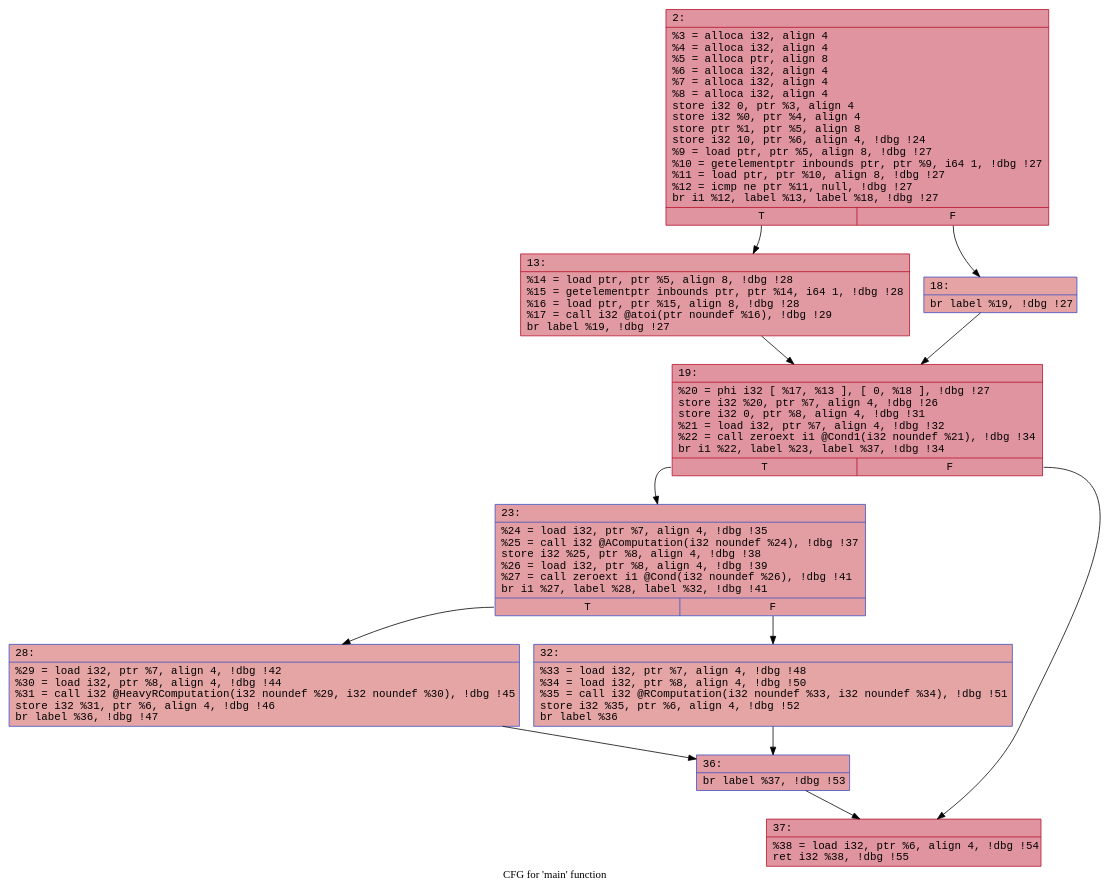
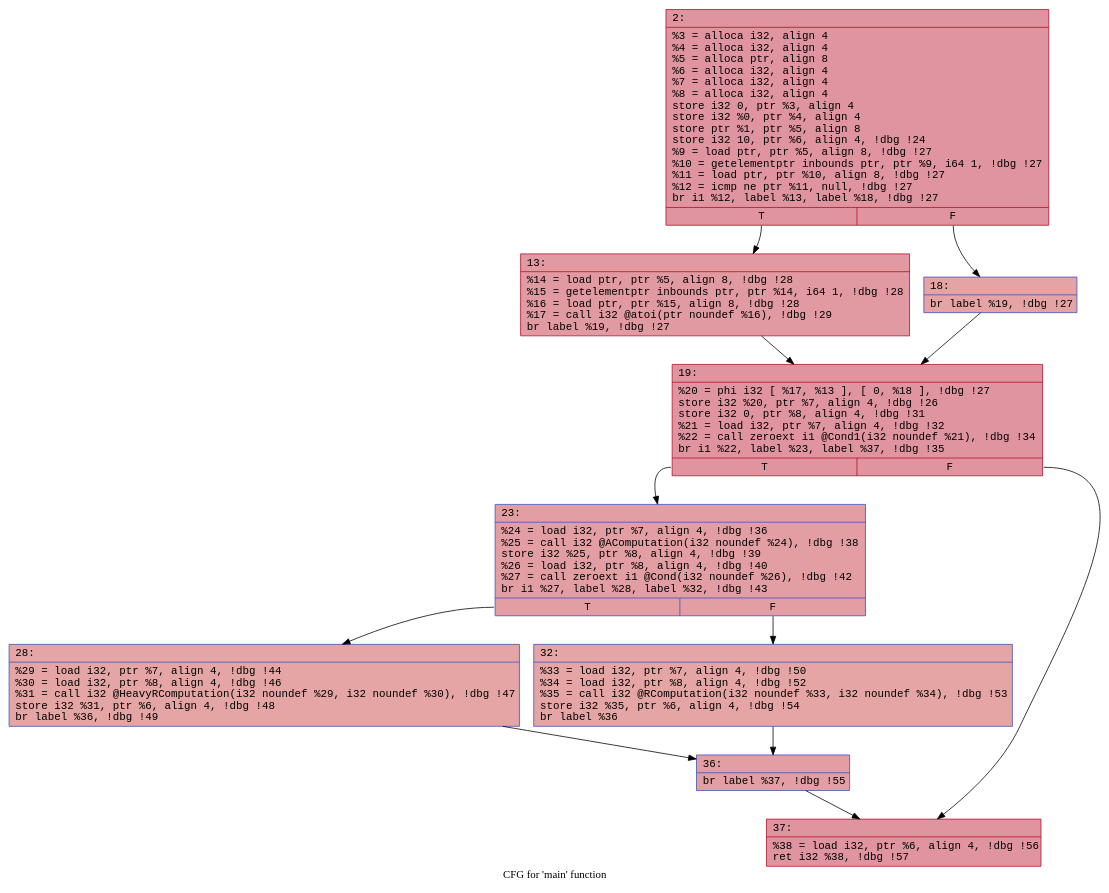
Before and after one commit to FelicitasGarcia/MimicryMonitor: the diagram in llvm/feli/cfgs/mainOP.dot, drawn with Graphviz. The commit also changed 32 other files, not shown here.

```diff
--- a/llvm/feli/cfgs/mainOP.dot
+++ b/llvm/feli/cfgs/mainOP.dot
@@ -1,24 +1,24 @@
 digraph "CFG for 'main' function" {
 	label="CFG for 'main' function";
 
-	Node0x6000031d4a00 [shape=record,color="#b70d28ff", style=filled, fillcolor="#b70d2870" fontname="Courier",label="{2:\l|  %3 = alloca i32, align 4\l  %4 = alloca i32, align 4\l  %5 = alloca ptr, align 8\l  %6 = alloca i32, align 4\l  %7 = alloca i32, align 4\l  %8 = alloca i32, align 4\l  store i32 0, ptr %3, align 4\l  store i32 %0, ptr %4, align 4\l  store ptr %1, ptr %5, align 8\l  store i32 10, ptr %6, align 4, !dbg !24\l  %9 = load ptr, ptr %5, align 8, !dbg !27\l  %10 = getelementptr inbounds ptr, ptr %9, i64 1, !dbg !27\l  %11 = load ptr, ptr %10, align 8, !dbg !27\l  %12 = icmp ne ptr %11, null, !dbg !27\l  br i1 %12, label %13, label %18, !dbg !27\l|{<s0>T|<s1>F}}"];
-	Node0x6000031d4a00:s0 -> Node0x6000031d4a50;
-	Node0x6000031d4a00:s1 -> Node0x6000031d4aa0;
-	Node0x6000031d4a50 [shape=record,color="#b70d28ff", style=filled, fillcolor="#bb1b2c70" fontname="Courier",label="{13:\l|  %14 = load ptr, ptr %5, align 8, !dbg !28\l  %15 = getelementptr inbounds ptr, ptr %14, i64 1, !dbg !28\l  %16 = load ptr, ptr %15, align 8, !dbg !28\l  %17 = call i32 @atoi(ptr noundef %16), !dbg !29\l  br label %19, !dbg !27\l}"];
-	Node0x6000031d4a50 -> Node0x6000031d4b40;
-	Node0x6000031d4aa0 [shape=record,color="#3d50c3ff", style=filled, fillcolor="#c32e3170" fontname="Courier",label="{18:\l|  br label %19, !dbg !27\l}"];
-	Node0x6000031d4aa0 -> Node0x6000031d4b40;
-	Node0x6000031d4b40 [shape=record,color="#b70d28ff", style=filled, fillcolor="#b70d2870" fontname="Courier",label="{19:\l|  %20 = phi i32 [ %17, %13 ], [ 0, %18 ], !dbg !27\l  store i32 %20, ptr %7, align 4, !dbg !26\l  store i32 0, ptr %8, align 4, !dbg !31\l  %21 = load i32, ptr %7, align 4, !dbg !32\l  %22 = call zeroext i1 @Cond1(i32 noundef %21), !dbg !34\l  br i1 %22, label %23, label %37, !dbg !34\l|{<s0>T|<s1>F}}"];
-	Node0x6000031d4b40:s0 -> Node0x6000031d4c30;
-	Node0x6000031d4b40:s1 -> Node0x6000031d4c80;
-	Node0x6000031d4c30 [shape=record,color="#3d50c3ff", style=filled, fillcolor="#be242e70" fontname="Courier",label="{23:\l|  %24 = load i32, ptr %7, align 4, !dbg !35\l  %25 = call i32 @AComputation(i32 noundef %24), !dbg !37\l  store i32 %25, ptr %8, align 4, !dbg !38\l  %26 = load i32, ptr %8, align 4, !dbg !39\l  %27 = call zeroext i1 @Cond(i32 noundef %26), !dbg !41\l  br i1 %27, label %28, label %32, !dbg !41\l|{<s0>T|<s1>F}}"];
-	Node0x6000031d4c30:s0 -> Node0x6000031d4d70;
-	Node0x6000031d4c30:s1 -> Node0x6000031d4dc0;
-	Node0x6000031d4d70 [shape=record,color="#3d50c3ff", style=filled, fillcolor="#c5333470" fontname="Courier",label="{28:\l|  %29 = load i32, ptr %7, align 4, !dbg !42\l  %30 = load i32, ptr %8, align 4, !dbg !44\l  %31 = call i32 @HeavyRComputation(i32 noundef %29, i32 noundef %30), !dbg !45\l  store i32 %31, ptr %6, align 4, !dbg !46\l  br label %36, !dbg !47\l}"];
-	Node0x6000031d4d70 -> Node0x6000031d4e60;
-	Node0x6000031d4dc0 [shape=record,color="#3d50c3ff", style=filled, fillcolor="#c5333470" fontname="Courier",label="{32:\l|  %33 = load i32, ptr %7, align 4, !dbg !48\l  %34 = load i32, ptr %8, align 4, !dbg !50\l  %35 = call i32 @RComputation(i32 noundef %33, i32 noundef %34), !dbg !51\l  store i32 %35, ptr %6, align 4, !dbg !52\l  br label %36\l}"];
-	Node0x6000031d4dc0 -> Node0x6000031d4e60;
-	Node0x6000031d4e60 [shape=record,color="#3d50c3ff", style=filled, fillcolor="#be242e70" fontname="Courier",label="{36:\l|  br label %37, !dbg !53\l}"];
-	Node0x6000031d4e60 -> Node0x6000031d4c80;
-	Node0x6000031d4c80 [shape=record,color="#b70d28ff", style=filled, fillcolor="#b70d2870" fontname="Courier",label="{37:\l|  %38 = load i32, ptr %6, align 4, !dbg !54\l  ret i32 %38, !dbg !55\l}"];
+	Node0x6000017309b0 [shape=record,color="#b70d28ff", style=filled, fillcolor="#b70d2870" fontname="Courier",label="{2:\l|  %3 = alloca i32, align 4\l  %4 = alloca i32, align 4\l  %5 = alloca ptr, align 8\l  %6 = alloca i32, align 4\l  %7 = alloca i32, align 4\l  %8 = alloca i32, align 4\l  store i32 0, ptr %3, align 4\l  store i32 %0, ptr %4, align 4\l  store ptr %1, ptr %5, align 8\l  store i32 10, ptr %6, align 4, !dbg !24\l  %9 = load ptr, ptr %5, align 8, !dbg !27\l  %10 = getelementptr inbounds ptr, ptr %9, i64 1, !dbg !27\l  %11 = load ptr, ptr %10, align 8, !dbg !27\l  %12 = icmp ne ptr %11, null, !dbg !27\l  br i1 %12, label %13, label %18, !dbg !27\l|{<s0>T|<s1>F}}"];
+	Node0x6000017309b0:s0 -> Node0x600001730a50;
+	Node0x6000017309b0:s1 -> Node0x600001730aa0;
+	Node0x600001730a50 [shape=record,color="#b70d28ff", style=filled, fillcolor="#bb1b2c70" fontname="Courier",label="{13:\l|  %14 = load ptr, ptr %5, align 8, !dbg !28\l  %15 = getelementptr inbounds ptr, ptr %14, i64 1, !dbg !28\l  %16 = load ptr, ptr %15, align 8, !dbg !28\l  %17 = call i32 @atoi(ptr noundef %16), !dbg !29\l  br label %19, !dbg !27\l}"];
+	Node0x600001730a50 -> Node0x600001730b40;
+	Node0x600001730aa0 [shape=record,color="#3d50c3ff", style=filled, fillcolor="#c32e3170" fontname="Courier",label="{18:\l|  br label %19, !dbg !27\l}"];
+	Node0x600001730aa0 -> Node0x600001730b40;
+	Node0x600001730b40 [shape=record,color="#b70d28ff", style=filled, fillcolor="#b70d2870" fontname="Courier",label="{19:\l|  %20 = phi i32 [ %17, %13 ], [ 0, %18 ], !dbg !27\l  store i32 %20, ptr %7, align 4, !dbg !26\l  store i32 0, ptr %8, align 4, !dbg !31\l  %21 = load i32, ptr %7, align 4, !dbg !32\l  %22 = call zeroext i1 @Cond1(i32 noundef %21), !dbg !34\l  br i1 %22, label %23, label %37, !dbg !35\l|{<s0>T|<s1>F}}"];
+	Node0x600001730b40:s0 -> Node0x600001730c30;
+	Node0x600001730b40:s1 -> Node0x600001730c80;
+	Node0x600001730c30 [shape=record,color="#3d50c3ff", style=filled, fillcolor="#be242e70" fontname="Courier",label="{23:\l|  %24 = load i32, ptr %7, align 4, !dbg !36\l  %25 = call i32 @AComputation(i32 noundef %24), !dbg !38\l  store i32 %25, ptr %8, align 4, !dbg !39\l  %26 = load i32, ptr %8, align 4, !dbg !40\l  %27 = call zeroext i1 @Cond(i32 noundef %26), !dbg !42\l  br i1 %27, label %28, label %32, !dbg !43\l|{<s0>T|<s1>F}}"];
+	Node0x600001730c30:s0 -> Node0x600001730d70;
+	Node0x600001730c30:s1 -> Node0x600001730dc0;
+	Node0x600001730d70 [shape=record,color="#3d50c3ff", style=filled, fillcolor="#c5333470" fontname="Courier",label="{28:\l|  %29 = load i32, ptr %7, align 4, !dbg !44\l  %30 = load i32, ptr %8, align 4, !dbg !46\l  %31 = call i32 @HeavyRComputation(i32 noundef %29, i32 noundef %30), !dbg !47\l  store i32 %31, ptr %6, align 4, !dbg !48\l  br label %36, !dbg !49\l}"];
+	Node0x600001730d70 -> Node0x600001730e60;
+	Node0x600001730dc0 [shape=record,color="#3d50c3ff", style=filled, fillcolor="#c5333470" fontname="Courier",label="{32:\l|  %33 = load i32, ptr %7, align 4, !dbg !50\l  %34 = load i32, ptr %8, align 4, !dbg !52\l  %35 = call i32 @RComputation(i32 noundef %33, i32 noundef %34), !dbg !53\l  store i32 %35, ptr %6, align 4, !dbg !54\l  br label %36\l}"];
+	Node0x600001730dc0 -> Node0x600001730e60;
+	Node0x600001730e60 [shape=record,color="#3d50c3ff", style=filled, fillcolor="#be242e70" fontname="Courier",label="{36:\l|  br label %37, !dbg !55\l}"];
+	Node0x600001730e60 -> Node0x600001730c80;
+	Node0x600001730c80 [shape=record,color="#b70d28ff", style=filled, fillcolor="#b70d2870" fontname="Courier",label="{37:\l|  %38 = load i32, ptr %6, align 4, !dbg !56\l  ret i32 %38, !dbg !57\l}"];
 }
```
